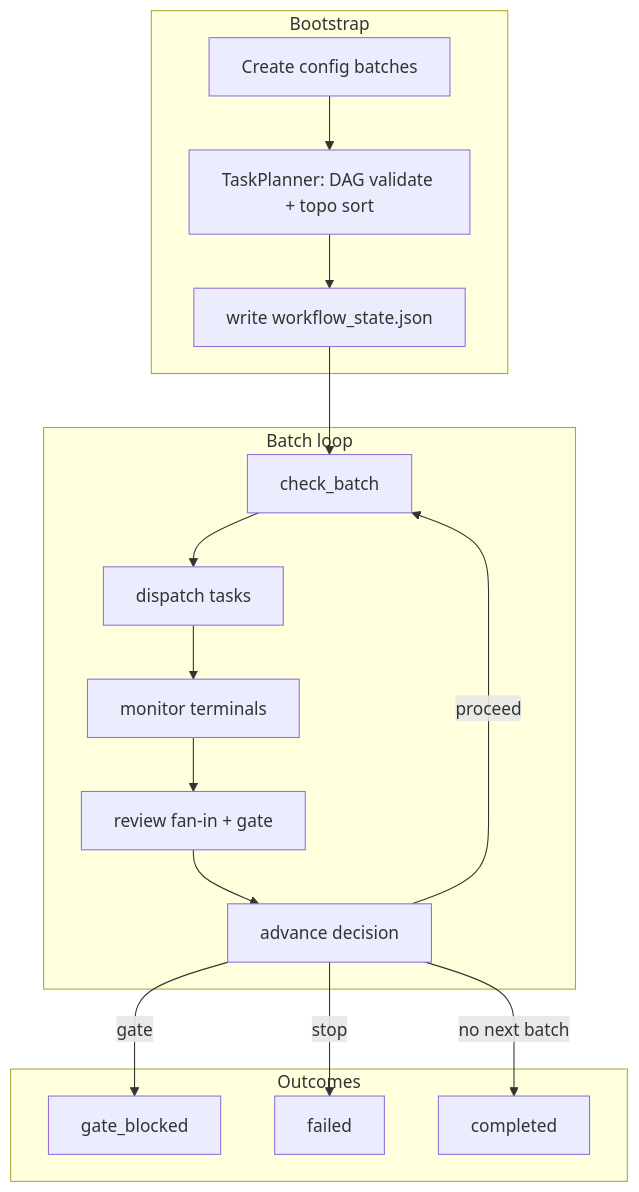
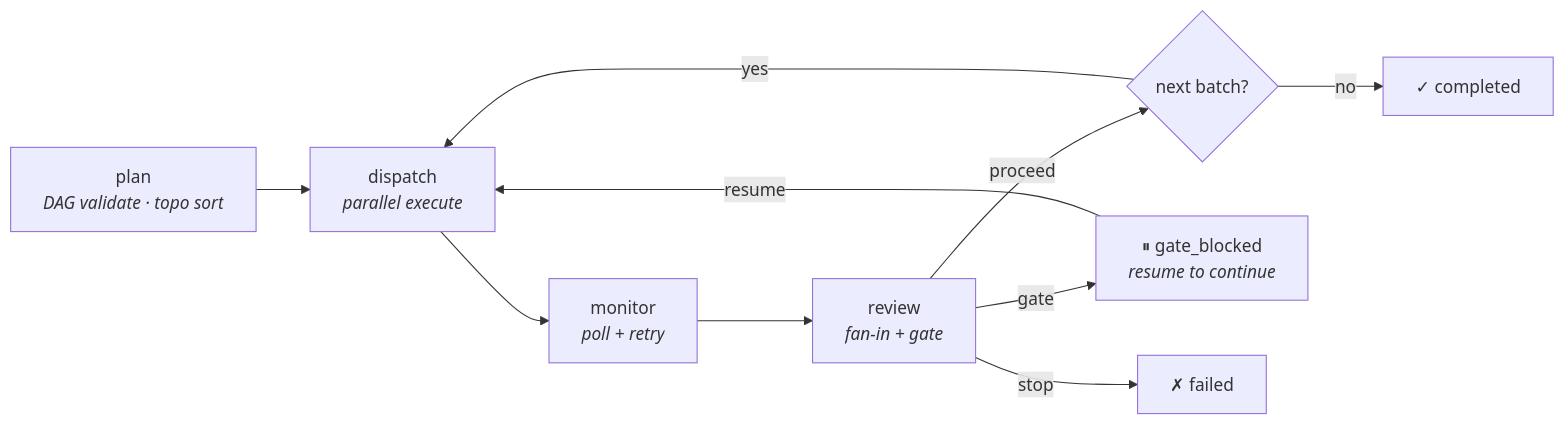
The second of 4 diagrams in README.md (lanyasheng/openclaw-company-orchestration-proposal), drawn with Mermaid before and after one commit. The commit also changed other lines of this file and 9 other files, not shown here.

````diff
--- a/README.md
+++ b/README.md
@@ -78,22 +97,12 @@
 ```mermaid
-flowchart TD
-  subgraph Boot["Bootstrap"]
-    A[Create config batches] --> B[TaskPlanner: DAG validate + topo sort]
-    B --> C[write workflow_state.json]
-  end
-  subgraph Loop["Batch loop"]
-    D[check_batch]
-    E[dispatch tasks]
-    F[monitor terminals]
-    G[review fan-in + gate]
-    H[advance decision]
-    D --> E --> F --> G --> H
-  end
-  subgraph Out["Outcomes"]
-    H -->|proceed| D
-    H -->|gate| I[gate_blocked]
-    H -->|stop| J[failed]
-    H -->|no next batch| K[completed]
-  end
-  C --> D
+flowchart LR
+  A["plan<br/><i>DAG validate · topo sort</i>"] --> B["dispatch<br/><i>parallel execute</i>"]
+  B --> C["monitor<br/><i>poll + retry</i>"]
+  C --> D["review<br/><i>fan-in + gate</i>"]
+  D -->|proceed| E{"next batch?"}
+  E -->|yes| B
+  E -->|no| F["✓ completed"]
+  D -->|gate| G["⏸ gate_blocked<br/><i>resume to continue</i>"]
+  D -->|stop| H["✗ failed"]
+  G -->|resume| B
 ```
````
